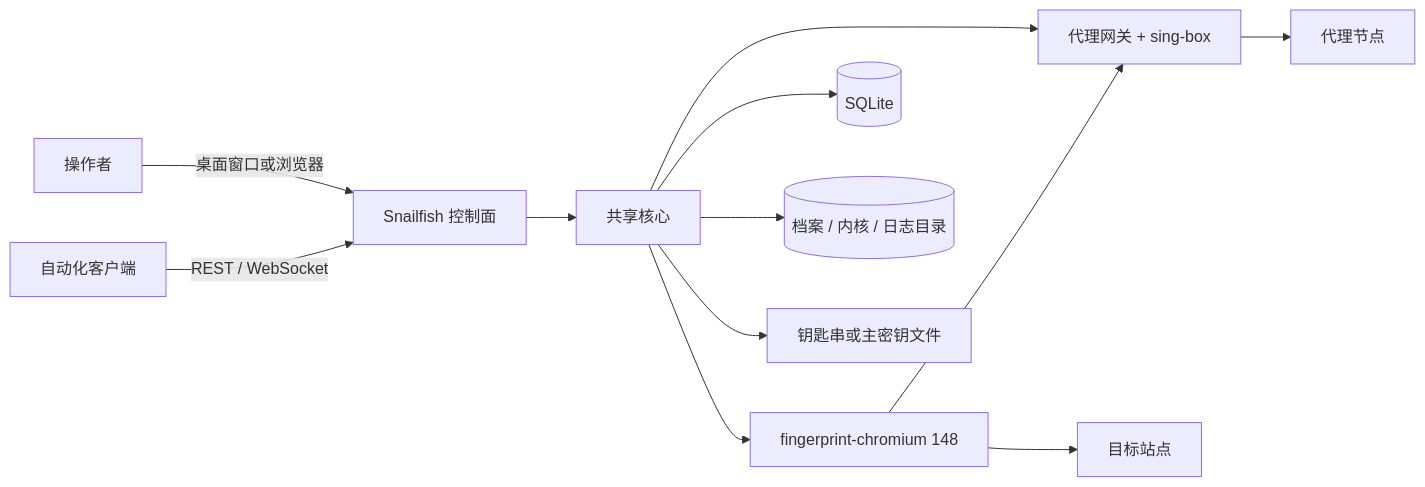
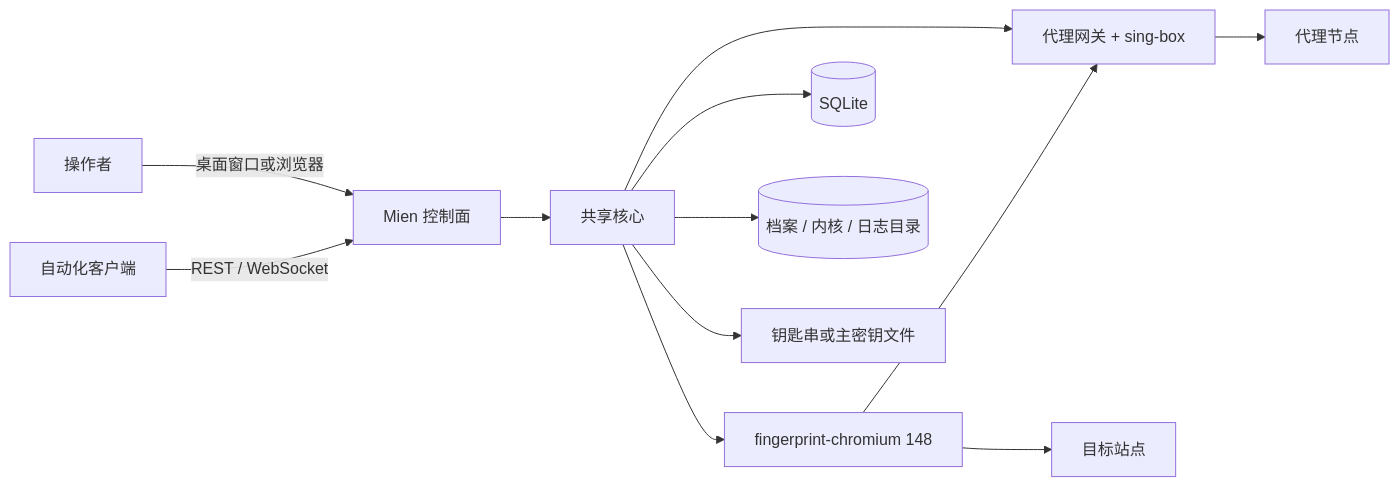
Before and after one commit to IvanLi-CN/mien: the first of 8 diagrams in docs/ARCHITECTURE.md, drawn with Mermaid. The commit also changed other lines of this file and 25 other files, not shown here.

````diff
--- a/docs/ARCHITECTURE.md
+++ b/docs/ARCHITECTURE.md
@@ -20,14 +20,14 @@
 ```mermaid
 flowchart LR
-  Operator["操作者"] -->|"桌面窗口或浏览器"| Control["Snailfish 控制面"]
+  Operator["操作者"] -->|"桌面窗口或浏览器"| Control["Mien 控制面"]
   Automation["自动化客户端"] -->|"REST / WebSocket"| Control
   Control --> Core["共享核心"]
   Core --> Kernel["fingerprint-chromium 148"]
   Core --> Proxy["代理网关 + sing-box"]
   Kernel --> Proxy
   Proxy --> Upstream["代理节点"]
   Kernel --> Sites["目标站点"]
   Core --> DB[("SQLite")]
   Core --> Data[("档案 / 内核 / 日志目录")]
   Core --> Secrets["钥匙串或主密钥文件"]
 ```
````
